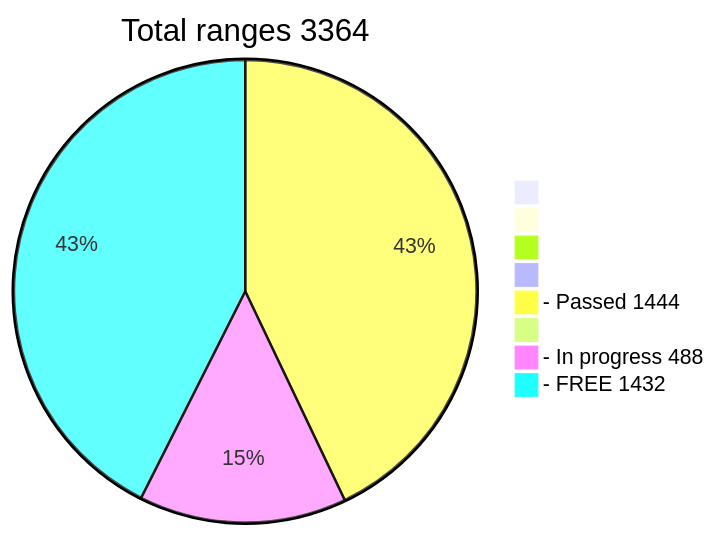
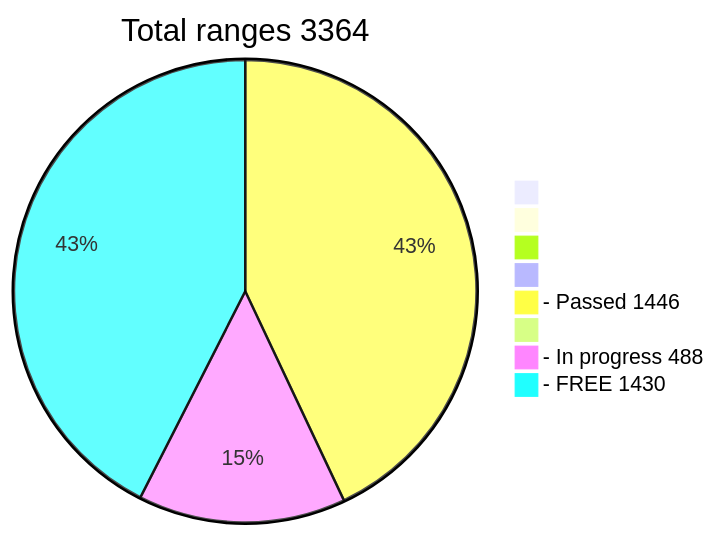
One commit to phrutis/wif500 changed the diagram in README.md. Above: the diagram before and after it, drawn with Mermaid.

````diff
--- a/README.md
+++ b/README.md
@@ -16,12 +16,12 @@
 ```mermaid
 pie title Total ranges 3364
              " " : 0
             "  " : 0
            "   " : 0
           "    " : 0
-  "- Passed 1444" : 1444
+  "- Passed 1446" : 1446
          "     " : 0
   "- In progress 488" : 488
-   "- FREE 1432" : 1432
+   "- FREE 1430" : 1430
    
 ```
````
